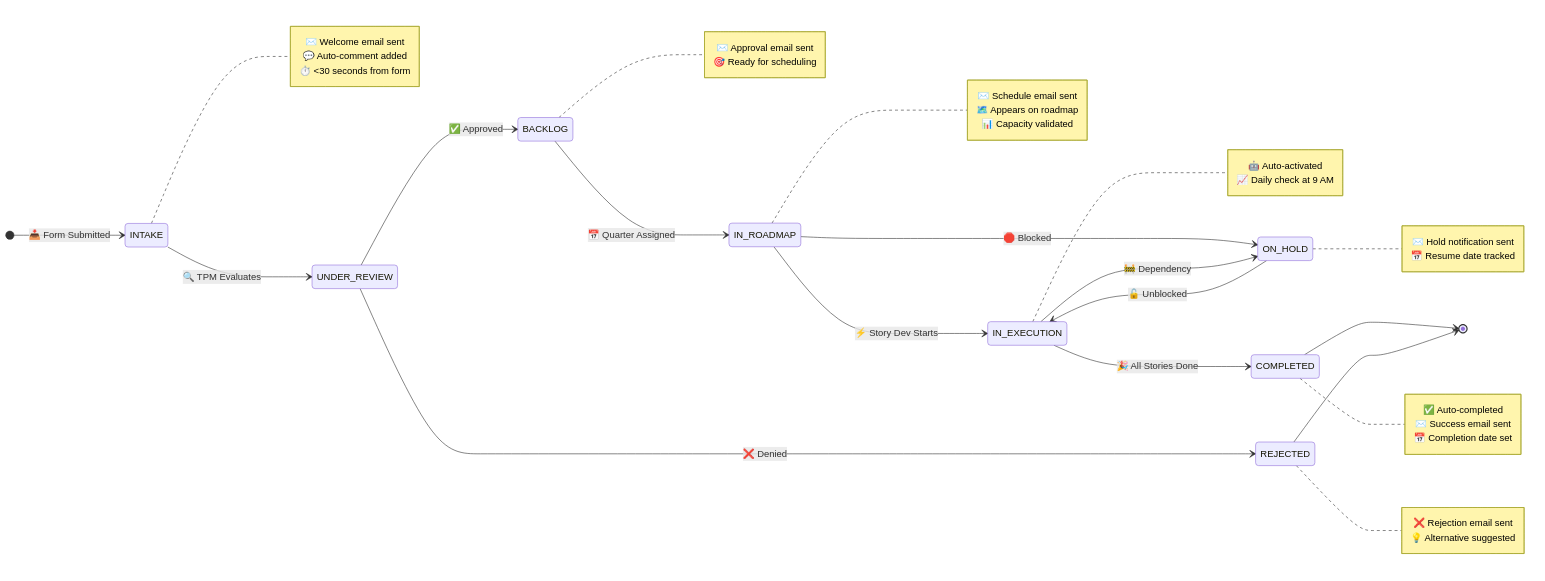
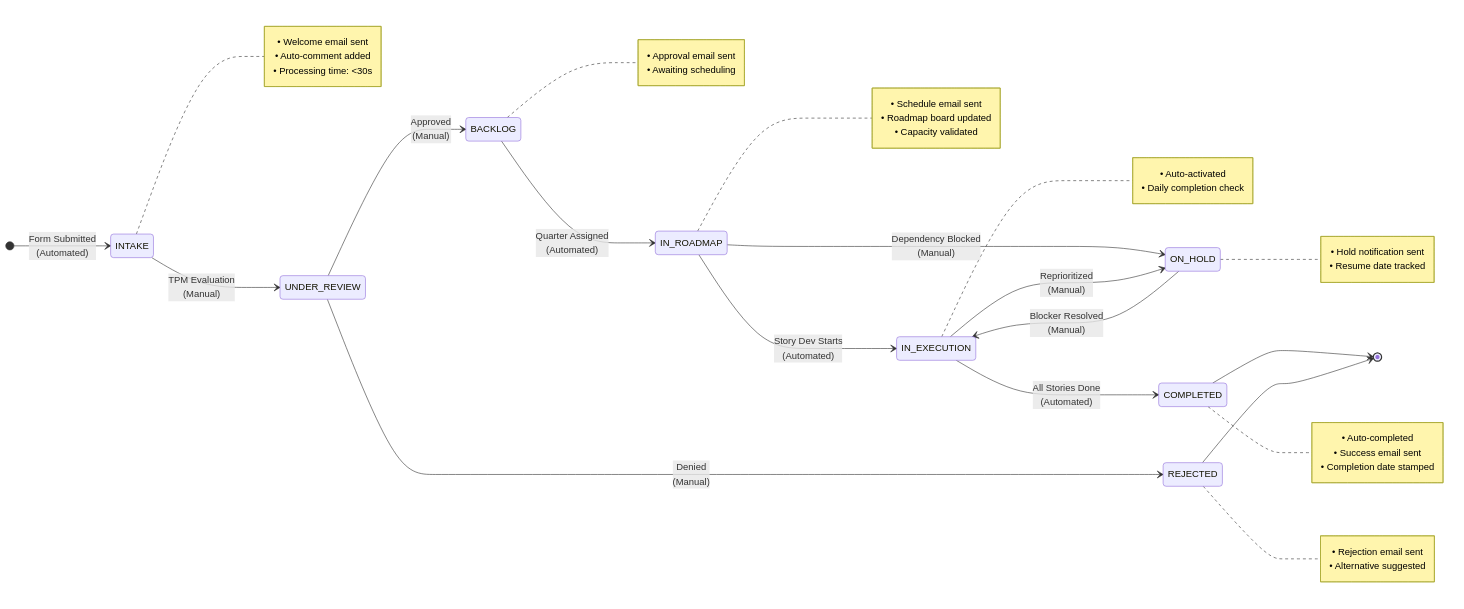
Before and after one commit to PlainJane20/pm-automation-system: the second of 4 diagrams in README.md, drawn with Mermaid. The commit also changed other lines of this file, not shown here.

````diff
--- a/README.md
+++ b/README.md
@@ -136,57 +192,62 @@
 ```mermaid
 stateDiagram-v2
     direction LR
     
-    [*] --> INTAKE: 📥 Form Submitted
+    [*] --> INTAKE: Form Submitted<br/>(Automated)
     
-    INTAKE --> UNDER_REVIEW: 🔍 TPM Evaluates
+    INTAKE --> UNDER_REVIEW: TPM Evaluation<br/>(Manual)
+    
     note right of INTAKE
-        ✉️ Welcome email sent
-        💬 Auto-comment added
-        ⏱️ <30 seconds from form
+        • Welcome email sent
+        • Auto-comment added
+        • Processing time: <30s
     end note
     
-    UNDER_REVIEW --> BACKLOG: ✅ Approved
-    UNDER_REVIEW --> REJECTED: ❌ Denied
+    UNDER_REVIEW --> BACKLOG: Approved<br/>(Manual)
+    UNDER_REVIEW --> REJECTED: Denied<br/>(Manual)
+    
     note right of BACKLOG
-        ✉️ Approval email sent
-        🎯 Ready for scheduling
+        • Approval email sent
+        • Awaiting scheduling
     end note
     
-    BACKLOG --> IN_ROADMAP: 📅 Quarter Assigned
+    BACKLOG --> IN_ROADMAP: Quarter Assigned<br/>(Automated)
+    
     note right of IN_ROADMAP
-        ✉️ Schedule email sent
-        🗺️ Appears on roadmap
-        📊 Capacity validated
+        • Schedule email sent
+        • Roadmap board updated
+        • Capacity validated
     end note
     
-    IN_ROADMAP --> IN_EXECUTION: ⚡ Story Dev Starts
-    IN_ROADMAP --> ON_HOLD: 🛑 Blocked
+    IN_ROADMAP --> IN_EXECUTION: Story Dev Starts<br/>(Automated)
+    IN_ROADMAP --> ON_HOLD: Dependency Blocked<br/>(Manual)
+    
     note right of IN_EXECUTION
-        🤖 Auto-activated
-        📈 Daily check at 9 AM
+        • Auto-activated
+        • Daily completion check
     end note
     
-    IN_EXECUTION --> ON_HOLD: 🚧 Dependency
-    IN_EXECUTION --> COMPLETED: 🎉 All Stories Done
+    IN_EXECUTION --> ON_HOLD: Reprioritized<br/>(Manual)
+    IN_EXECUTION --> COMPLETED: All Stories Done<br/>(Automated)
     
-    ON_HOLD --> IN_EXECUTION: 🔓 Unblocked
+    ON_HOLD --> IN_EXECUTION: Blocker Resolved<br/>(Manual)
+    
     note right of ON_HOLD
-        ✉️ Hold notification sent
-        📅 Resume date tracked
+        • Hold notification sent
+        • Resume date tracked
     end note
     
     COMPLETED --> [*]
     REJECTED --> [*]
     
     note right of COMPLETED
-        ✅ Auto-completed
-        ✉️ Success email sent
-        📅 Completion date set
+        • Auto-completed
+        • Success email sent
+        • Completion date stamped
     end note
     
     note right of REJECTED
-        ❌ Rejection email sent
-        💡 Alternative suggested
+        • Rejection email sent
+        • Alternative suggested
     end note
 ```
````
